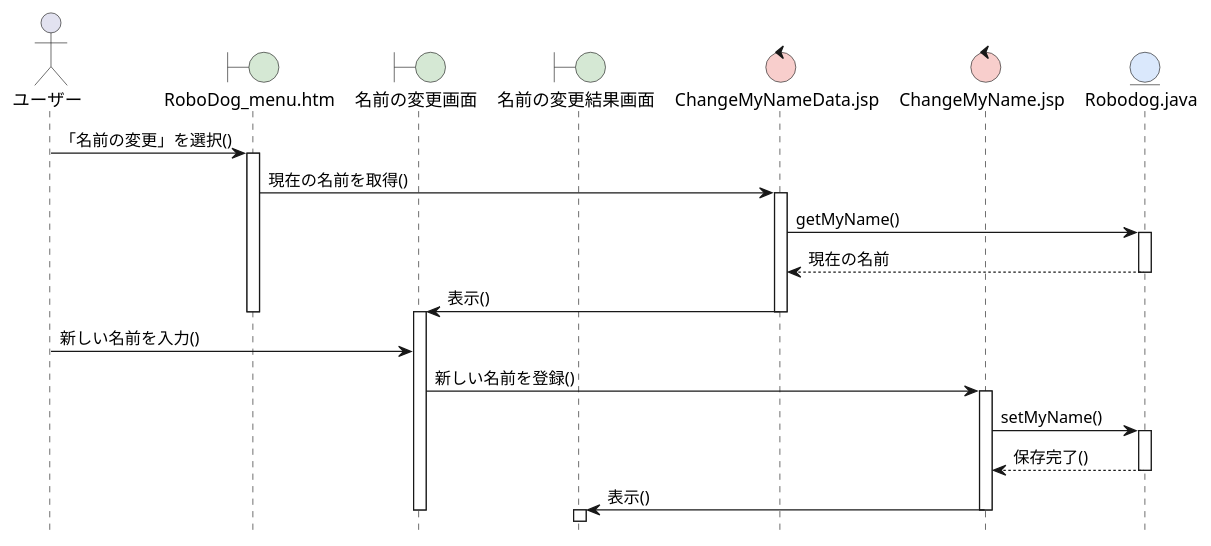
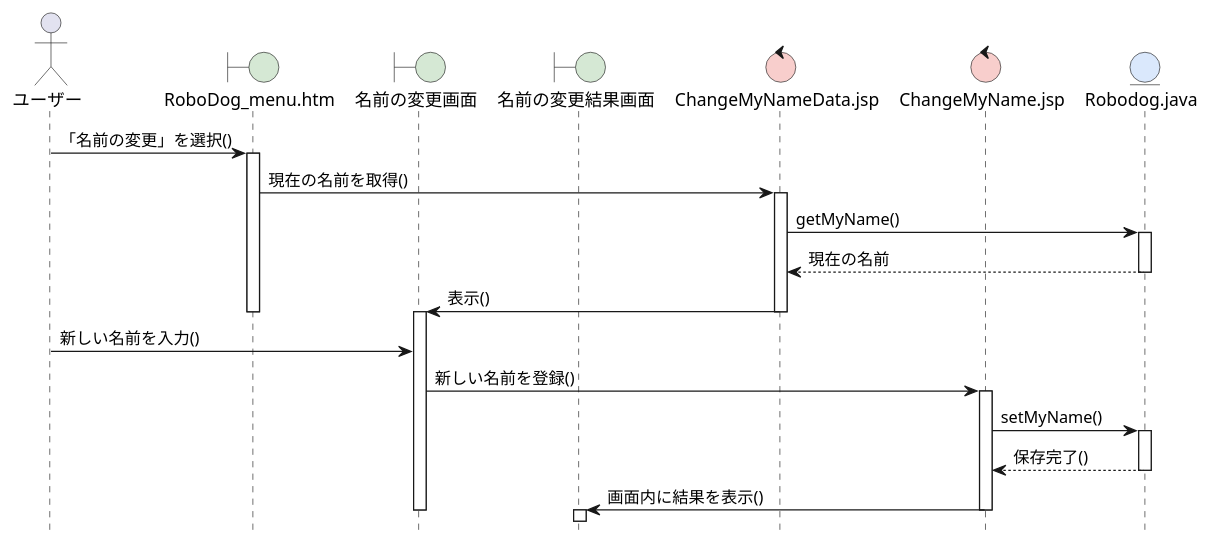
The diagram in 06_robo_dog/sequence_01_change_name.pu (amaneko0608/ohara_uml), drawn with PlantUML before and after one commit. The commit also changed 3 other files, not shown here.

```diff
--- a/06_robo_dog/sequence_01_change_name.pu
+++ b/06_robo_dog/sequence_01_change_name.pu
@@ -1,43 +1,43 @@
 @startuml RoboDogシステム-名前変更シーケンス図
 hide footbox
 skinparam boundaryBackgroundColor #D5E8D4
 skinparam controlBackgroundColor  #F8CECC
 skinparam entityBackgroundColor   #DAE8FC
 
 actor ユーザー as A
 boundary "RoboDog_menu.htm" as B1
 boundary 名前の変更画面 as B2
 boundary 名前の変更結果画面 as B3
 control "ChangeMyNameData.jsp" as C1
 control "ChangeMyName.jsp" as C2
 entity "Robodog.java" as E
 
 A -> B1: 「名前の変更」を選択()
 activate B1
 
 B1 -> C1: 現在の名前を取得()
 activate C1
 C1 -> E: getMyName()
 activate E
 E --> C1: 現在の名前
 deactivate E
 C1 -> B2: 表示()
 deactivate C1
 deactivate B1
 activate B2
 
 A -> B2: 新しい名前を入力()
 
 B2 -> C2: 新しい名前を登録()
 activate C2
 C2 -> E: setMyName()
 activate E
 E --> C2: 保存完了()
 deactivate E
 
-C2 -> B3: 表示()
+C2 -> B3: 画面内に結果を表示()
 deactivate C2
 deactivate B2
 activate B3
 
 @enduml
```
